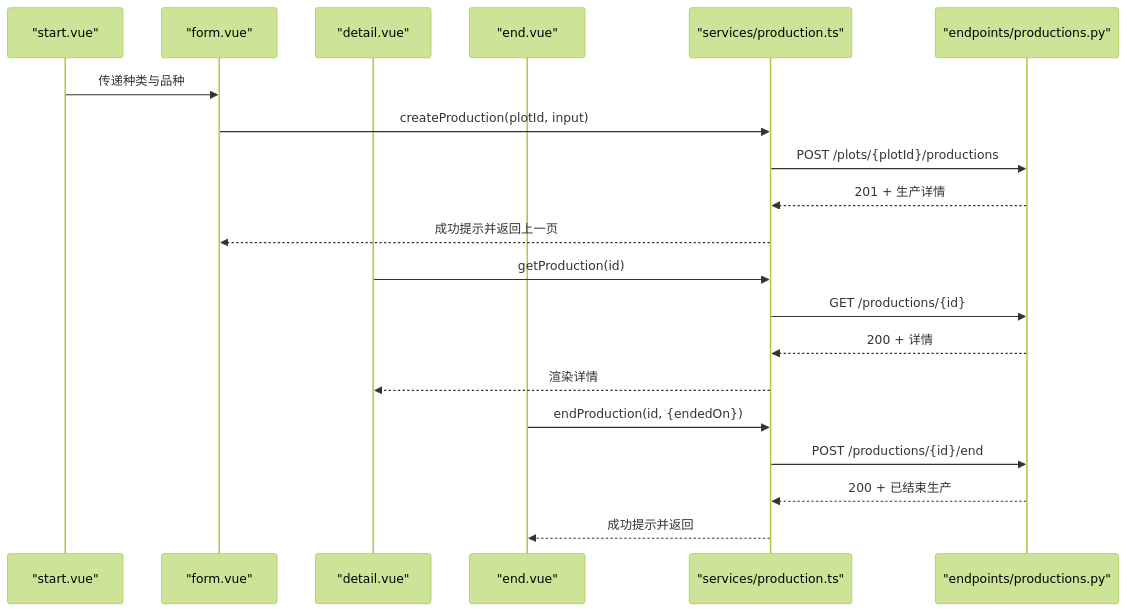
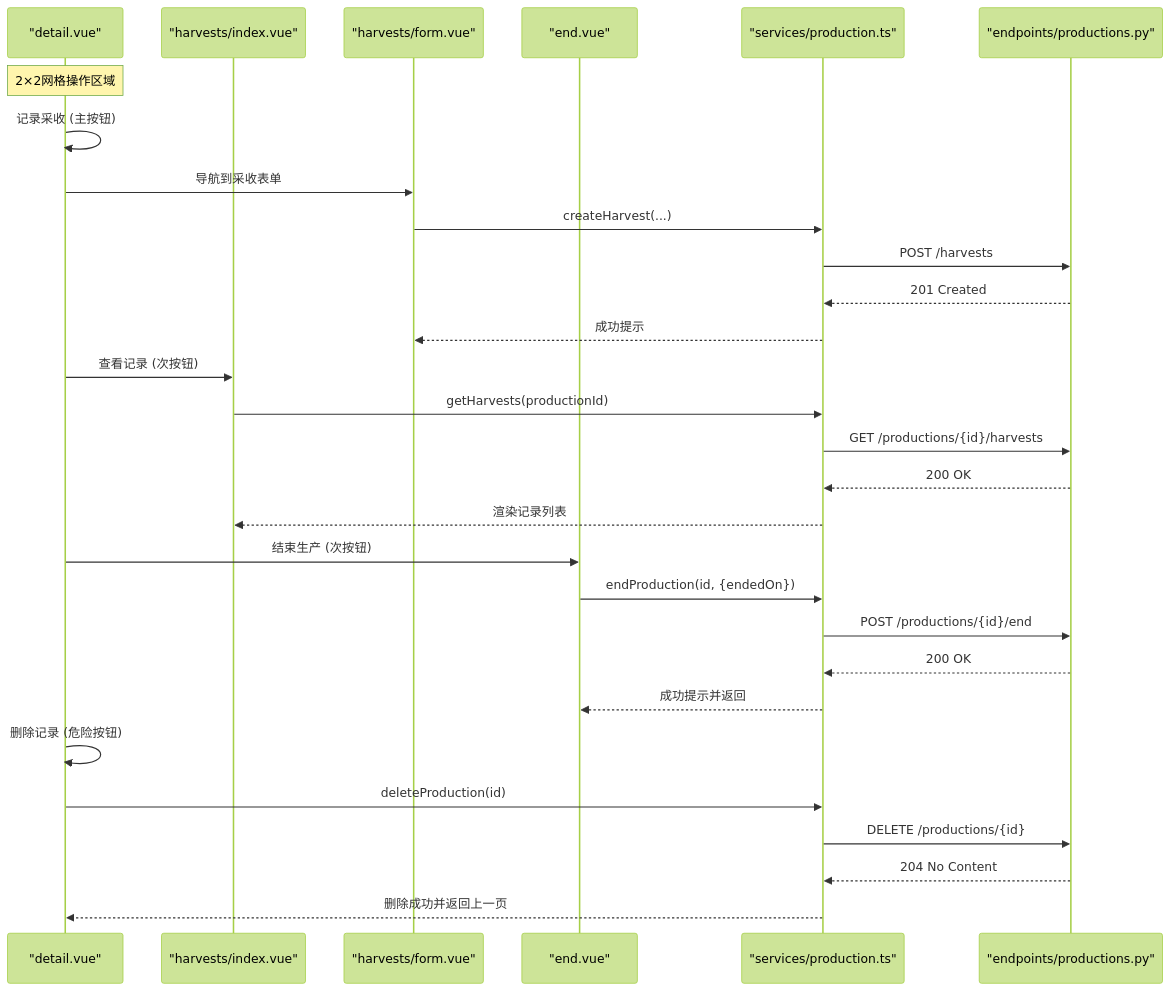
The fifth of 7 diagrams in .qoder/repowiki/zh/content/项目概览/核心功能/生产生命周期跟踪/生产生命周期跟踪.md (wungjyan/pocket-farm), drawn with Mermaid (forest theme) before and after one commit. The commit also changed other lines of this file and 22 other files, not shown here.

````diff
--- a/.qoder/repowiki/zh/content/项目概览/核心功能/生产生命周期跟踪/生产生命周期跟踪.md
+++ b/.qoder/repowiki/zh/content/项目概览/核心功能/生产生命周期跟踪/生产生命周期跟踪.md
@@ -247,22 +264,31 @@
 ```mermaid
 sequenceDiagram
-participant P as "start.vue"
-participant F as "form.vue"
-participant D as "detail.vue"
+participant P as "detail.vue"
+participant H as "harvests/index.vue"
+participant F as "harvests/form.vue"
 participant E as "end.vue"
 participant S as "services/production.ts"
 participant R as "endpoints/productions.py"
-P->>F : 传递种类与品种
-F->>S : createProduction(plotId, input)
-S->>R : POST /plots/{plotId}/productions
-R-->>S : 201 + 生产详情
-S-->>F : 成功提示并返回上一页
-D->>S : getProduction(id)
-S->>R : GET /productions/{id}
-R-->>S : 200 + 详情
-S-->>D : 渲染详情
+Note over P : 2×2网格操作区域
+P->>P : 记录采收 (主按钮)
+P->>F : 导航到采收表单
+F->>S : createHarvest(...)
+S->>R : POST /harvests
+R-->>S : 201 Created
+S-->>F : 成功提示
+P->>H : 查看记录 (次按钮)
+H->>S : getHarvests(productionId)
+S->>R : GET /productions/{id}/harvests
+R-->>S : 200 OK
+S-->>H : 渲染记录列表
+P->>E : 结束生产 (次按钮)
 E->>S : endProduction(id, {endedOn})
 S->>R : POST /productions/{id}/end
-R-->>S : 200 + 已结束生产
+R-->>S : 200 OK
 S-->>E : 成功提示并返回
+P->>P : 删除记录 (危险按钮)
+P->>S : deleteProduction(id)
+S->>R : DELETE /productions/{id}
+R-->>S : 204 No Content
+S-->>P : 删除成功并返回上一页
 ```
````
